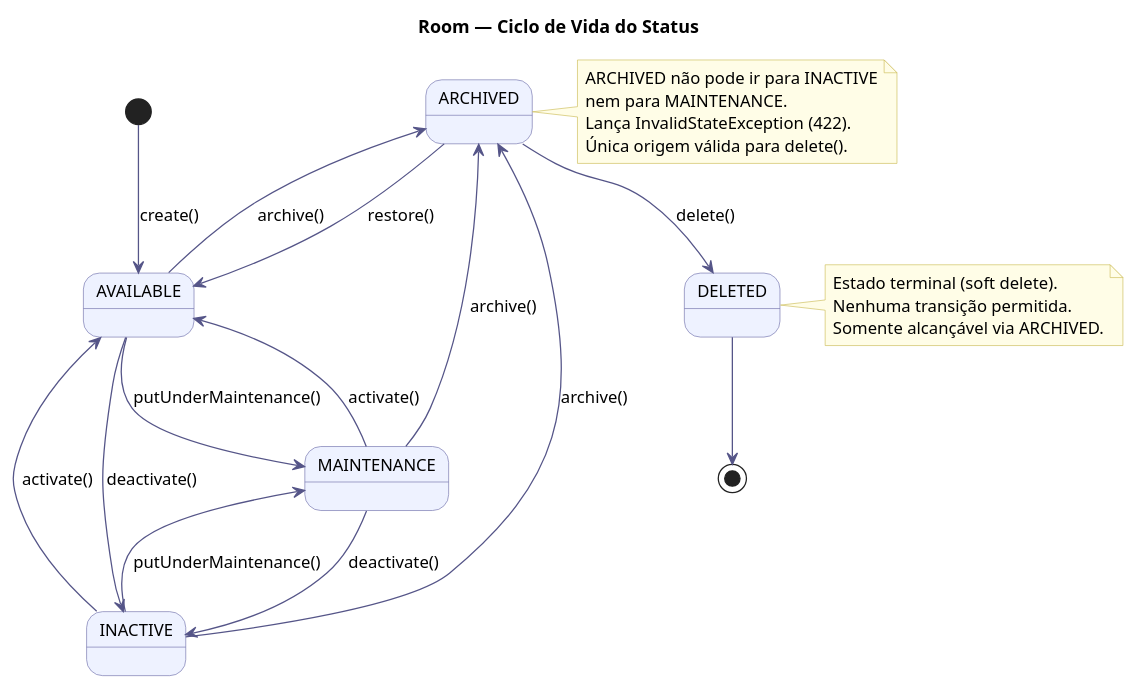
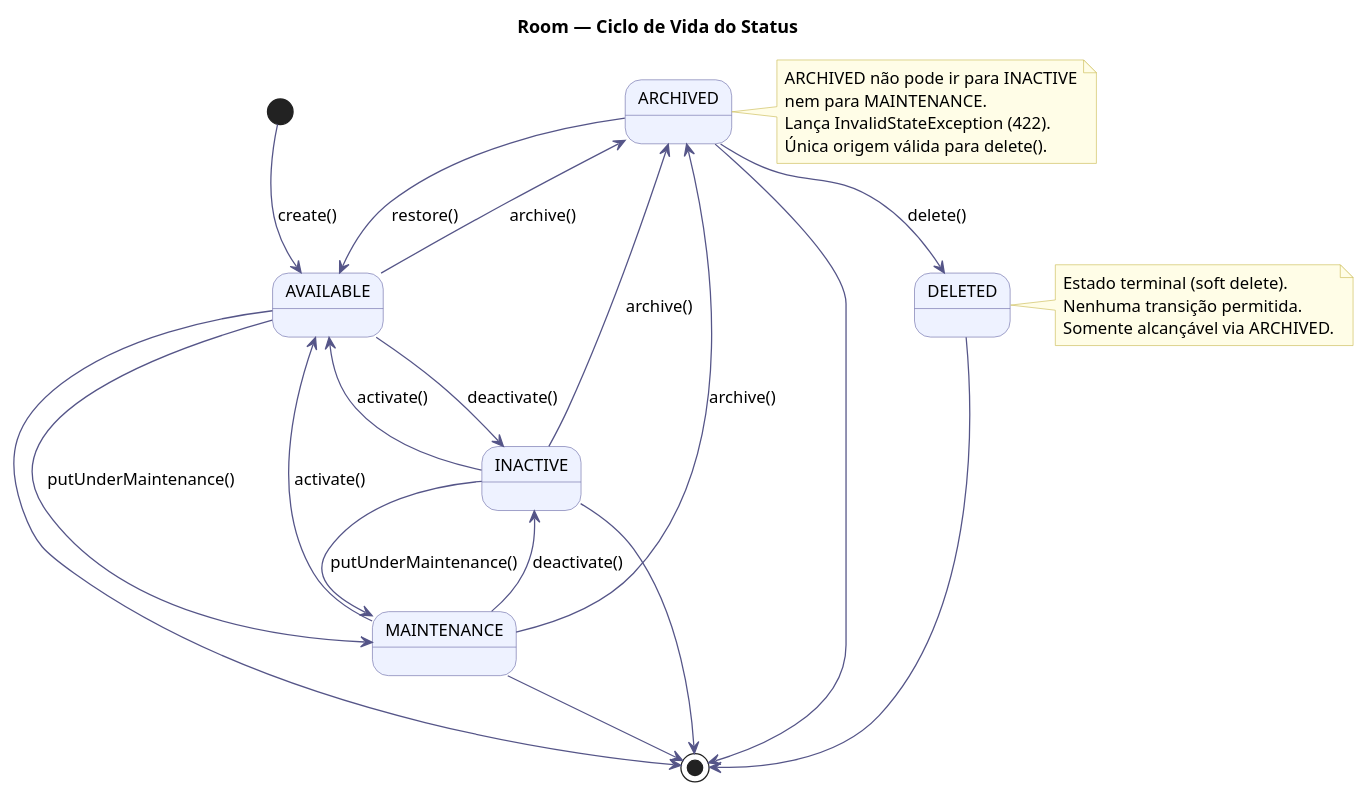
Before and after one commit to Neoguara/rooms-diagrams: the diagram in src/plantuml/estado/room_status.puml, drawn with PlantUML. The commit also changed 5 other files, not shown here.

```diff
--- a/src/plantuml/estado/room_status.puml
+++ b/src/plantuml/estado/room_status.puml
@@ -1,46 +1,50 @@
 @startuml room_status
 
 title Room — Ciclo de Vida do Status
 
 skinparam state {
   BackgroundColor #EEF2FF
   BorderColor #7070AA
   ArrowColor #555588
   FontSize 13
 }
 skinparam noteBackgroundColor #FFFDE7
 skinparam noteBorderColor #CCBB55
 
 [*] --> AVAILABLE : create()
 
 AVAILABLE   --> INACTIVE    : deactivate()
 AVAILABLE   --> ARCHIVED    : archive()
 AVAILABLE   --> MAINTENANCE : putUnderMaintenance()
+AVAILABLE   --> [*]
 
 INACTIVE    --> AVAILABLE   : activate()
 INACTIVE    --> ARCHIVED    : archive()
 INACTIVE    --> MAINTENANCE : putUnderMaintenance()
+INACTIVE    --> [*]
 
 MAINTENANCE --> AVAILABLE   : activate()
 MAINTENANCE --> INACTIVE    : deactivate()
 MAINTENANCE --> ARCHIVED    : archive()
+MAINTENANCE --> [*]
 
 ARCHIVED    --> AVAILABLE   : restore()
 ARCHIVED    --> DELETED     : delete()
+ARCHIVED    --> [*]
 
 DELETED --> [*]
 
 note right of ARCHIVED
   ARCHIVED não pode ir para INACTIVE
   nem para MAINTENANCE.
   Lança InvalidStateException (422).
   Única origem válida para delete().
 end note
 
 note right of DELETED
   Estado terminal (soft delete).
   Nenhuma transição permitida.
   Somente alcançável via ARCHIVED.
 end note
 
 @enduml
```
